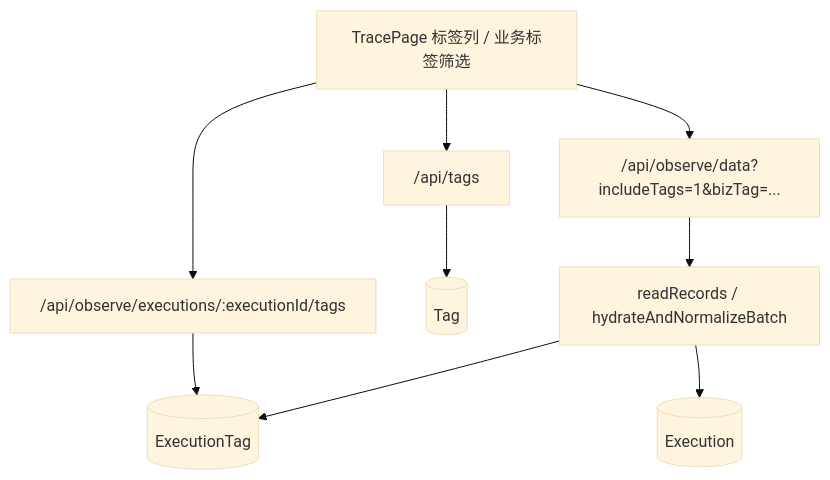
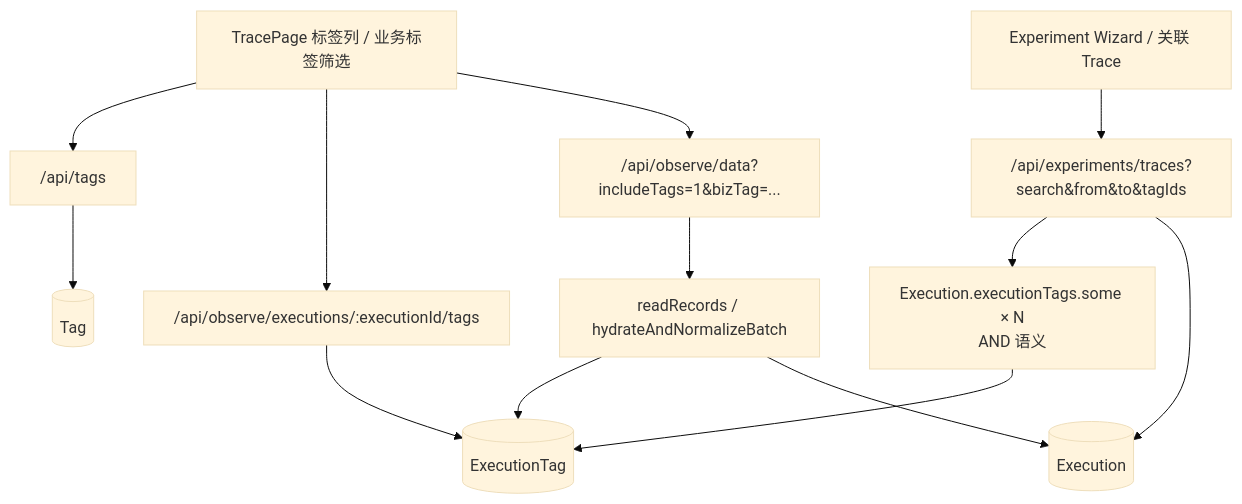
The third of 6 diagrams in docs/developer-guide/05-data-and-control-flow.md (openeuler-mirror/agent-insight), drawn with Mermaid (base theme) before and after one commit. The commit also changed other lines of this file and 9 other files, not shown here.

````diff
--- a/docs/developer-guide/05-data-and-control-flow.md
+++ b/docs/developer-guide/05-data-and-control-flow.md
@@ -73,11 +74,15 @@
 ```mermaid
 flowchart TD
     ui["TracePage 标签列 / 业务标签筛选"] --> tagsApi["/api/tags"]
     ui --> bindApi["/api/observe/executions/:executionId/tags"]
     ui --> dataApi["/api/observe/data?includeTags=1&bizTag=..."]
+    experimentUi["Experiment Wizard / 关联 Trace"] --> experimentApi["/api/experiments/traces?search&from&to&tagIds"]
     tagsApi --> tagTable[(Tag)]
     bindApi --> linkTable[(ExecutionTag)]
     dataApi --> readRecords["readRecords / hydrateAndNormalizeBatch"]
+    experimentApi --> allTags["Execution.executionTags.some × N\nAND 语义"]
+    allTags --> linkTable
+    experimentApi --> execution
     readRecords --> linkTable
     readRecords --> execution[(Execution)]
 ```
````
